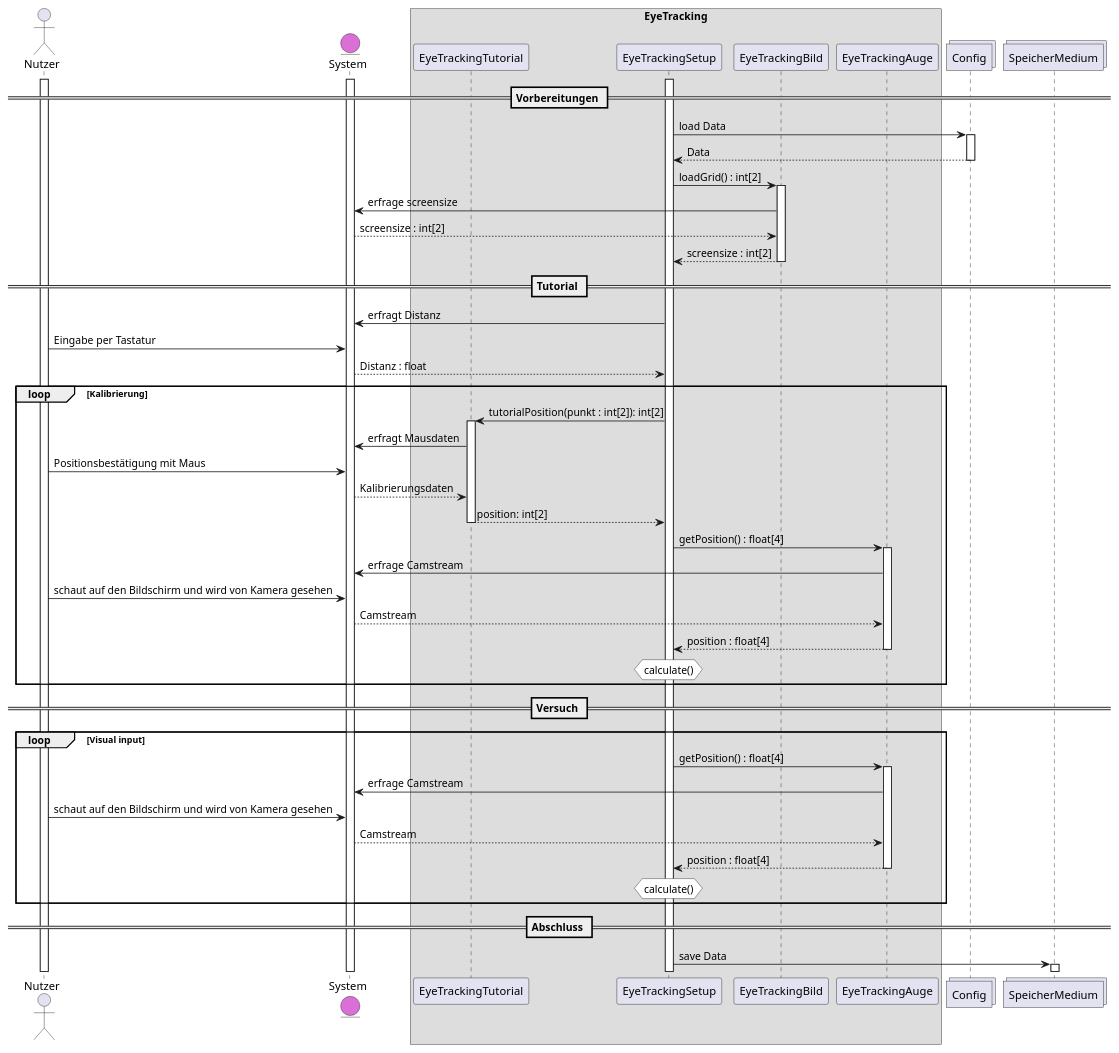
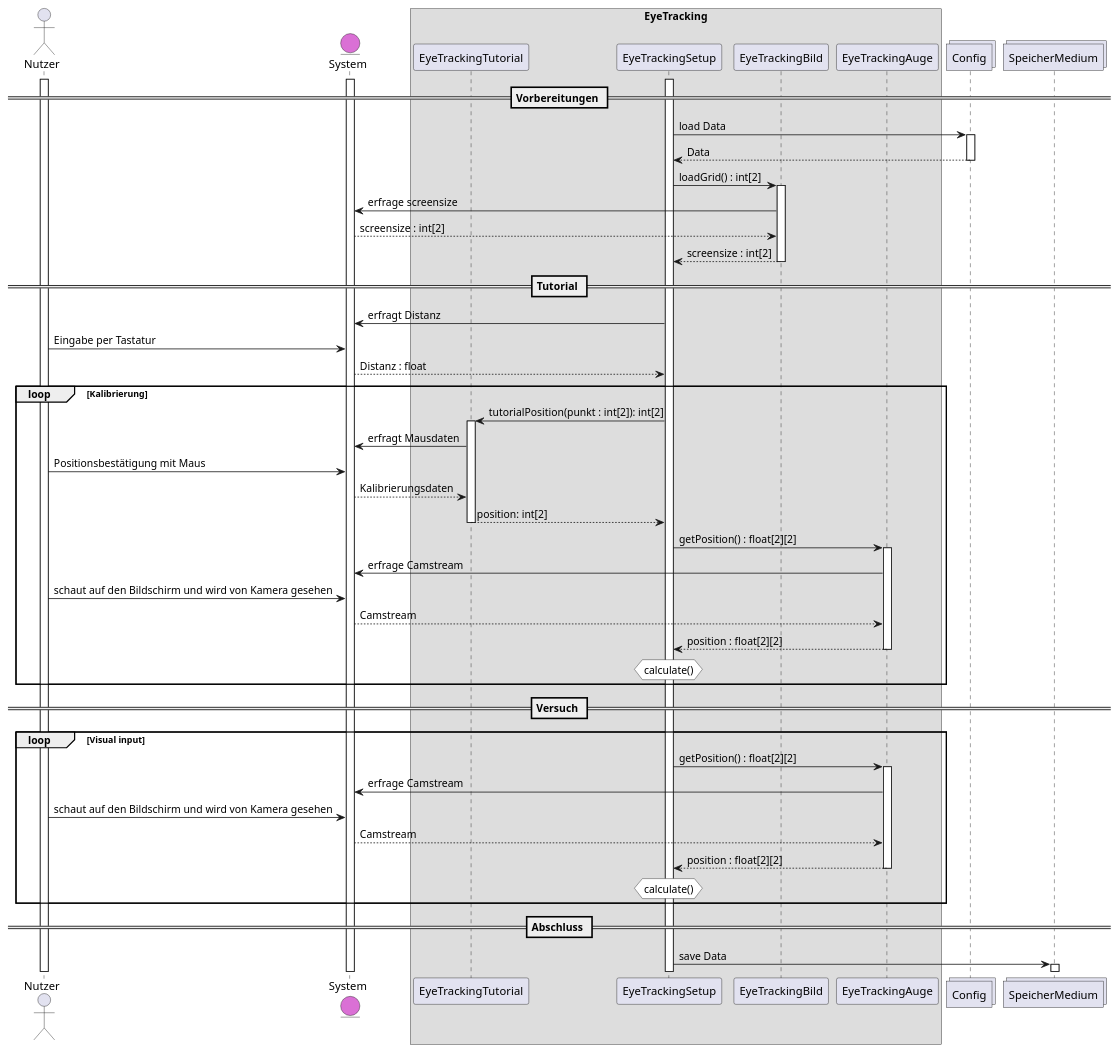
The diagram in meilenstein_04/sequenz-eyetracking/sequenz-eyetracking.puml (weichware10/meilensteine), drawn with PlantUML before and after one commit.

Commit message:
[4]->[2][2], keine Absprache mit Nils mehr möglich, ihm geht es nicht so gut, möchte die reviewer nicht weiter warten lassen.

```diff
--- a/meilenstein_04/sequenz-eyetracking/sequenz-eyetracking.puml
+++ b/meilenstein_04/sequenz-eyetracking/sequenz-eyetracking.puml
@@ -1,69 +1,69 @@
 @startuml {modul}
 actor       Nutzer          as n
 entity      System          as s    #DA70D5
 
 box EyeTracking
 participant EyeTrackingTutorial    as et
 participant EyeTrackingSetup       as es
 participant EyeTrackingBild        as eb
 participant EyeTrackingAuge        as ea
 end box
 
 collections Config          as c
 collections SpeicherMedium  as sm
 
 == Vorbereitungen ==
 
 activate n
 activate s
 activate es
 es -> c : load Data
 activate c
 c --> es : Data
 deactivate c
 es -> eb : loadGrid() : int[2]
 activate eb
 eb -> s : erfrage screensize
 s --> eb : screensize : int[2]
 eb --> es : screensize : int[2]
 deactivate eb
 
 == Tutorial ==
 es -> s : erfragt Distanz
 n -> s : Eingabe per Tastatur
 s --> es : Distanz : float
 loop Kalibrierung
   es -> et : tutorialPosition(punkt : int[2]): int[2]
   activate et
   et -> s : erfragt Mausdaten
   n -> s : Positionsbestätigung mit Maus
   s --> et : Kalibrierungsdaten
   et --> es : position: int[2]
   deactivate et
-  es -> ea : getPosition() : float[4]
+  es -> ea : getPosition() : float[2][2]
   activate ea
   ea -> s : erfrage Camstream
   n -> s : schaut auf den Bildschirm und wird von Kamera gesehen 
   s --> ea : Camstream
-  ea --> es : position : float[4]
+  ea --> es : position : float[2][2]
   deactivate ea
   hnote over es #FFFFFF: calculate()
 end
 
 == Versuch ==
 loop Visual input
-  es -> ea : getPosition() : float[4]
+  es -> ea : getPosition() : float[2][2]
   activate ea
   ea -> s : erfrage Camstream
   n -> s : schaut auf den Bildschirm und wird von Kamera gesehen 
   s --> ea : Camstream
-  ea --> es : position : float[4]
+  ea --> es : position : float[2][2]
   deactivate ea
   hnote over es #FFFFFF: calculate()
 end
 
 == Abschluss ==
 es -> sm: save Data
 activate sm
 
 @enduml
```
